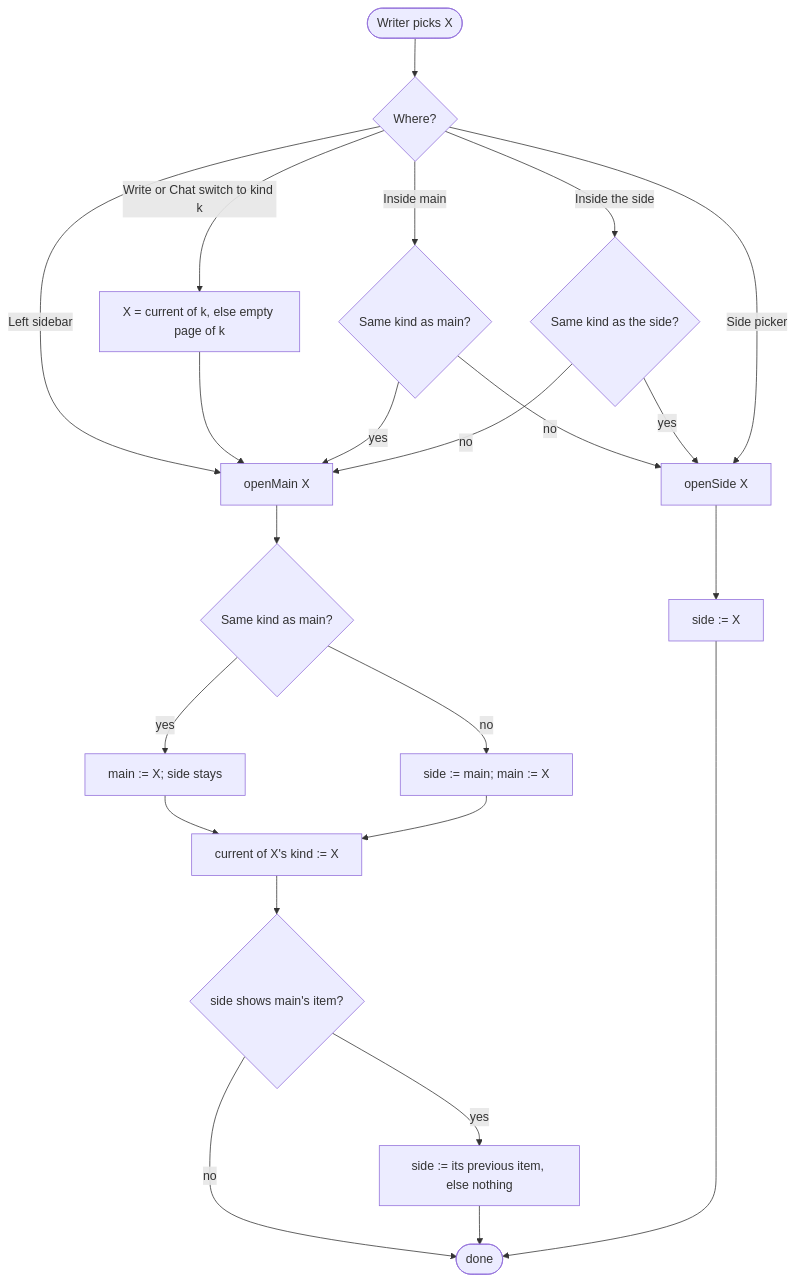
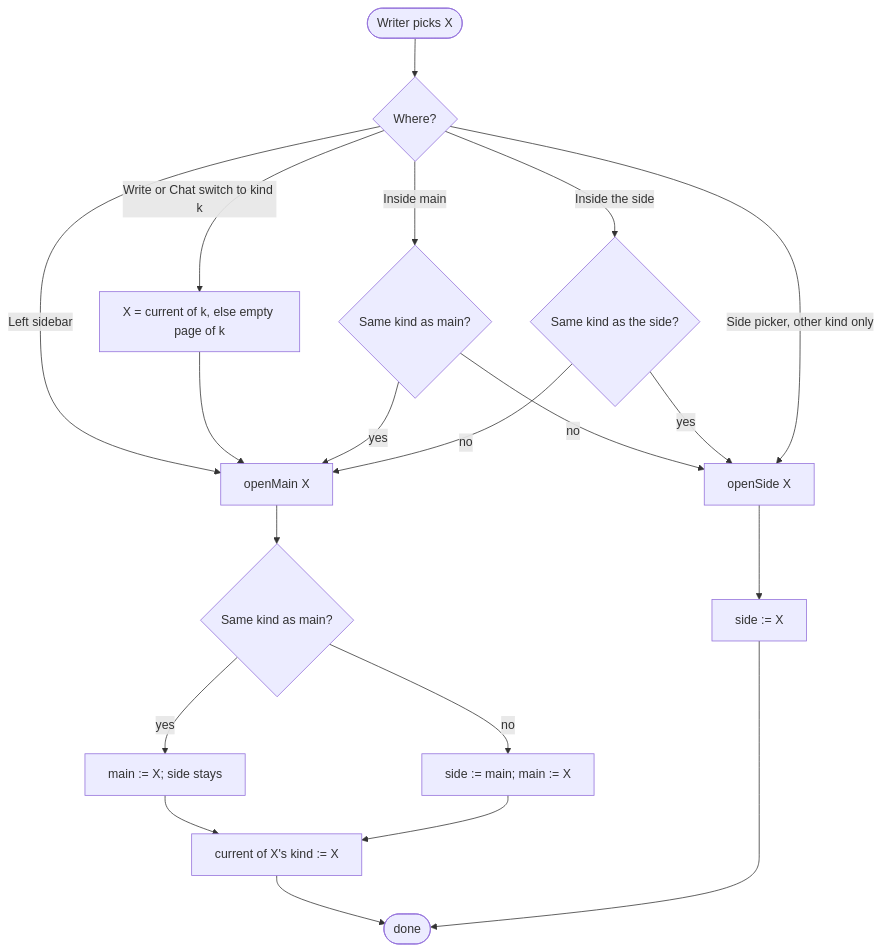
Before and after one commit to haowjy/meridian-flow: the first of 2 diagrams in apps/app/src/features/project/.context/pane-state-machine.md, drawn with Mermaid. The commit also changed other lines of this file and 1 other file, not shown here.

Commit message:
Pane state machine: the side always holds the other kind; two states

````diff
--- a/apps/app/src/features/project/.context/pane-state-machine.md
+++ b/apps/app/src/features/project/.context/pane-state-machine.md
@@ -35,23 +36,20 @@
 ```mermaid
 flowchart TD
   pick([Writer picks X]) --> where{Where?}
   where -->|Left sidebar| om[openMain X]
   where -->|Write or Chat switch to kind k| cur[X = current of k, else empty page of k] --> om
   where -->|Inside main| inMain{Same kind as main?}
   inMain -->|yes| om
   inMain -->|no| os[openSide X]
   where -->|Inside the side| inSide{Same kind as the side?}
   inSide -->|yes| os
   inSide -->|no| om
-  where -->|Side picker| os
+  where -->|Side picker, other kind only| os
   om --> kind{Same kind as main?}
   kind -->|yes| rep[main := X; side stays]
   kind -->|no| swap[side := main; main := X]
   rep --> setcur[current of X's kind := X]
   swap --> setcur
-  setcur --> dup{side shows main's item?}
-  dup -->|yes| yield[side := its previous item, else nothing]
-  dup -->|no| done([done])
-  yield --> done
+  setcur --> done([done])
   os --> sideset[side := X] --> done
 ```
````
